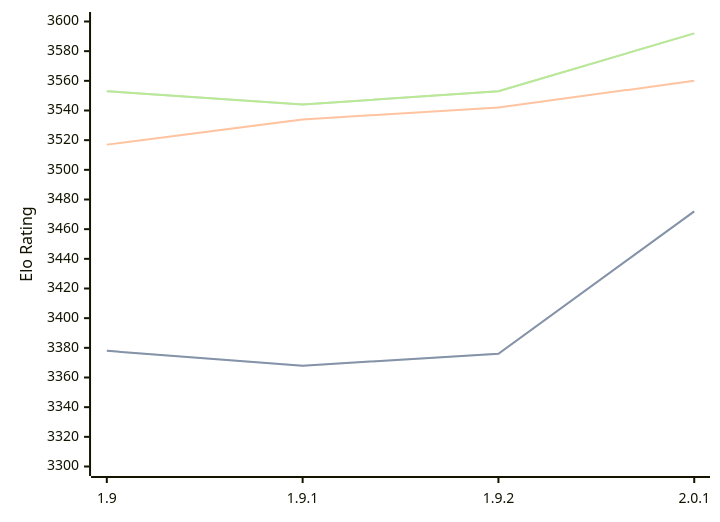
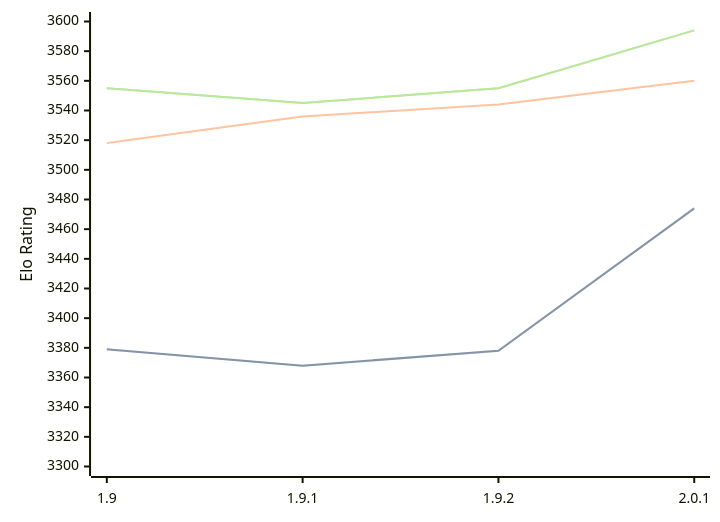
One commit to computer-chess-index/cci changed the diagram in engines/Pawnocchio.md. Above: the diagram before and after it, drawn with Mermaid. The commit also changed other lines of this file, not shown here.

Commit message:
Update CCI Ratings (ELO VLTC) - 2026-09-08

````diff
--- a/engines/Pawnocchio.md
+++ b/engines/Pawnocchio.md
@@ -36,11 +36,11 @@
 ```mermaid
 %%{init: {"theme":"base","themeVariables":{"seriesColors:['#a3a3a3','#222221','#faa371']}}}%%
 xychart-beta
   x-axis ["1.9", "1.9.1", "1.9.2", "2.0.1"]
   y-axis "Elo Rating" 3300 --> 3600
-  line "" [3378, 3368, 3376, 3472]
-  line "STC (8.0+0.08s)" [3378, 3368, 3376, 3472]
-  line "LTC (60.0+0.60s)" [3517, 3534, 3542, 3560]
-  line "" [3553, 3544, 3553, 3592]
-  line "VLTC (2m24s+1.12s)" [3553, 3544, 3553, 3592]
+  line "" [3379, 3368, 3378, 3474]
+  line "STC (8.0+0.08s)" [3379, 3368, 3378, 3474]
+  line "LTC (60.0+0.60s)" [3518, 3536, 3544, 3560]
+  line "" [3555, 3545, 3555, 3594]
+  line "VLTC (2m24s+1.12s)" [3555, 3545, 3555, 3594]
 ```
````
